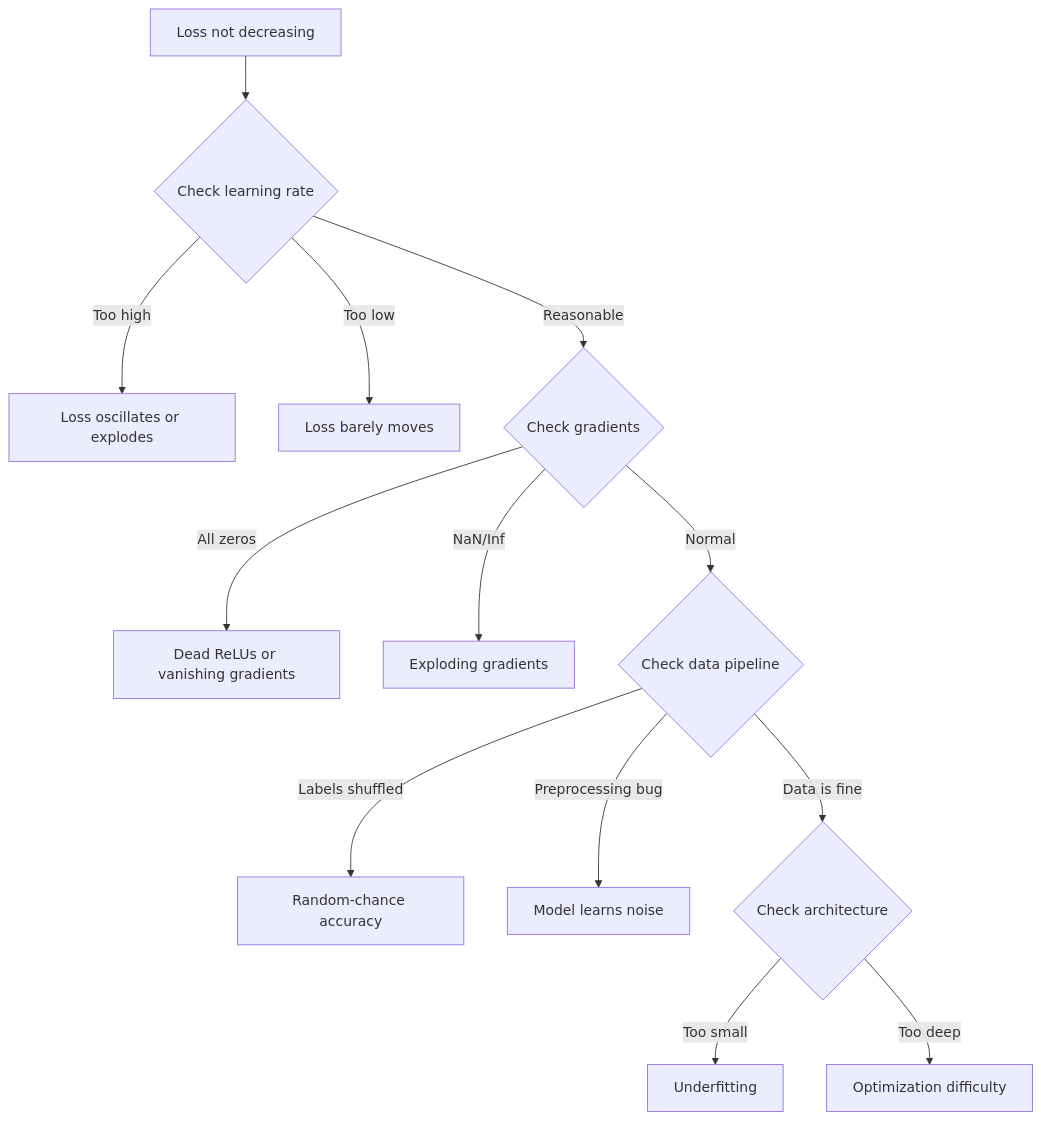
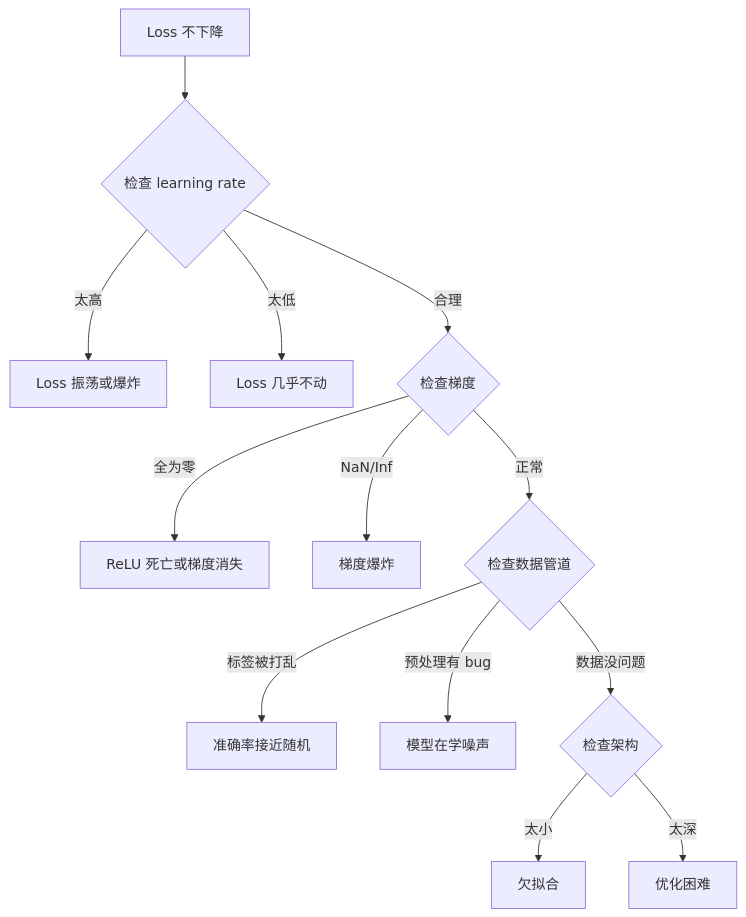
The first of 5 diagrams in phases/03-deep-learning-core/13-debugging-neural-networks/docs/zh.md (JerryC8080/ai-engineering-from-scratch-zh), drawn with Mermaid before and after one commit. The commit also changed other lines of this file and 156 other files, not shown here.

First line of the commit message:
i18n(zh): translate mermaid diagram labels in 157 lesson zh.md

````diff
--- a/phases/03-deep-learning-core/13-debugging-neural-networks/docs/zh.md
+++ b/phases/03-deep-learning-core/13-debugging-neural-networks/docs/zh.md
@@ -39,15 +39,15 @@
 ```mermaid
 flowchart TD
-    A["Loss not decreasing"] --> B{"Check learning rate"}
-    B -->|"Too high"| C["Loss oscillates or explodes"]
-    B -->|"Too low"| D["Loss barely moves"]
-    B -->|"Reasonable"| E{"Check gradients"}
-    E -->|"All zeros"| F["Dead ReLUs or vanishing gradients"]
-    E -->|"NaN/Inf"| G["Exploding gradients"]
-    E -->|"Normal"| H{"Check data pipeline"}
-    H -->|"Labels shuffled"| I["Random-chance accuracy"]
-    H -->|"Preprocessing bug"| J["Model learns noise"]
-    H -->|"Data is fine"| K{"Check architecture"}
-    K -->|"Too small"| L["Underfitting"]
-    K -->|"Too deep"| M["Optimization difficulty"]
+    A["Loss 不下降"] --> B{"检查 learning rate"}
+    B -->|"太高"| C["Loss 振荡或爆炸"]
+    B -->|"太低"| D["Loss 几乎不动"]
+    B -->|"合理"| E{"检查梯度"}
+    E -->|"全为零"| F["ReLU 死亡或梯度消失"]
+    E -->|"NaN/Inf"| G["梯度爆炸"]
+    E -->|"正常"| H{"检查数据管道"}
+    H -->|"标签被打乱"| I["准确率接近随机"]
+    H -->|"预处理有 bug"| J["模型在学噪声"]
+    H -->|"数据没问题"| K{"检查架构"}
+    K -->|"太小"| L["欠拟合"]
+    K -->|"太深"| M["优化困难"]
 ```
````
